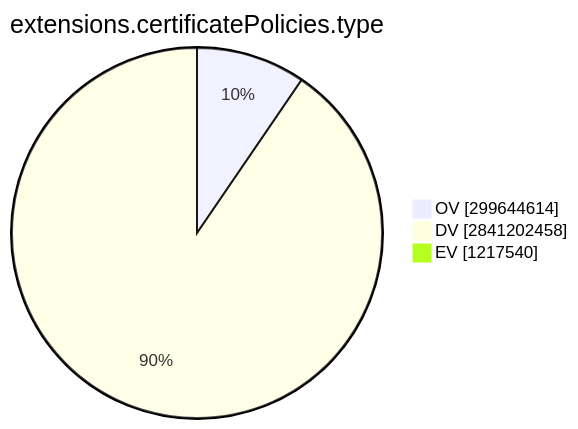
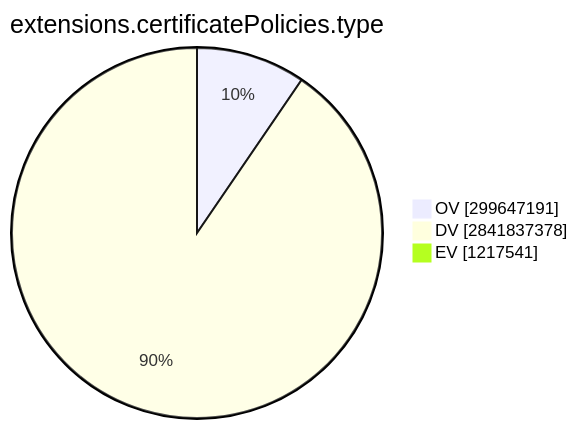
The ninth of 15 diagrams in TOTAL/README.md (christiankrug/ctmonitor_visualization), drawn with Mermaid before and after one commit. The commit also changed other lines of this file, not shown here.

````diff
--- a/TOTAL/README.md
+++ b/TOTAL/README.md
@@ -3101,7 +3101,7 @@
 ```mermaid
 pie showData
 title extensions.certificatePolicies.type
-"OV" :299644614
-"DV" :2841202458
-"EV" :1217540
+"OV" :299647191
+"DV" :2841837378
+"EV" :1217541
 ```
````
